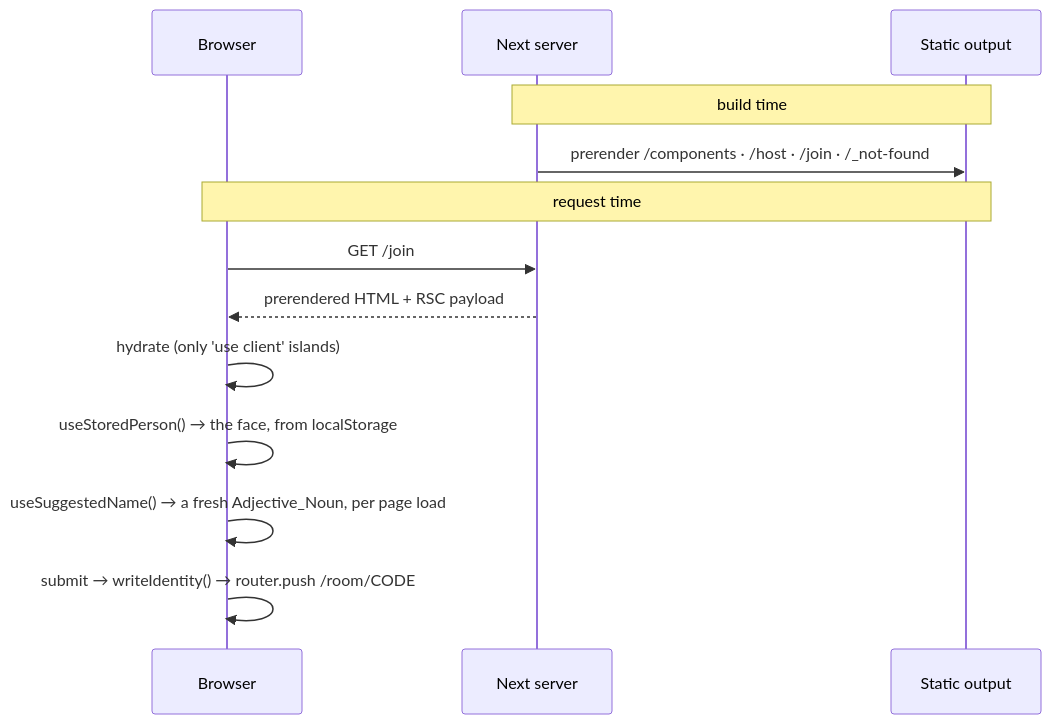
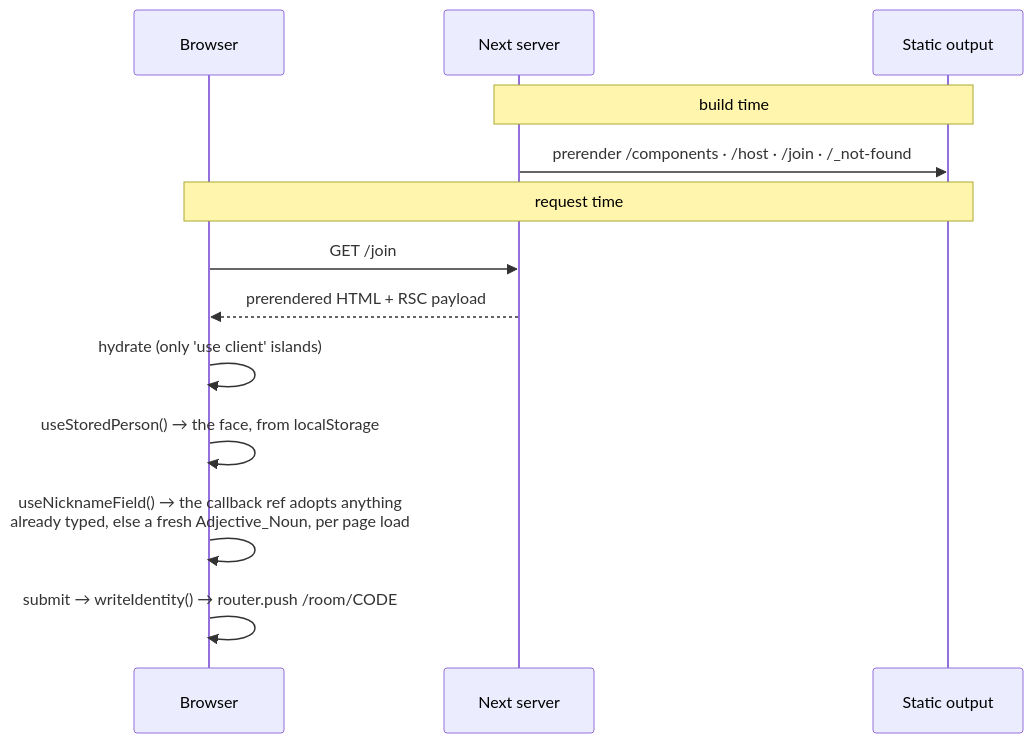
One commit to Jmeza081/captionist changed the eighth of 12 diagrams in docs/architecture.md. Above: the diagram before and after it, drawn with Mermaid. The commit also changed other lines of this file and 9 other files, not shown here.

````diff
--- a/docs/architecture.md
+++ b/docs/architecture.md
@@ -2616,17 +2763,17 @@
 ```mermaid
 sequenceDiagram
   participant B as Browser
   participant N as Next server
   participant S as Static output
 
   Note over N,S: build time
   N->>S: prerender /components · /host · /join · /_not-found
 
   Note over B,S: request time
   B->>N: GET /join
   N-->>B: prerendered HTML + RSC payload
   B->>B: hydrate (only 'use client' islands)
   B->>B: useStoredPerson() → the face, from localStorage
-  B->>B: useSuggestedName() → a fresh Adjective_Noun, per page load
+  B->>B: useNicknameField() → the callback ref adopts anything<br/>already typed, else a fresh Adjective_Noun, per page load
   B->>B: submit → writeIdentity() → router.push /room/CODE
 ```
````
